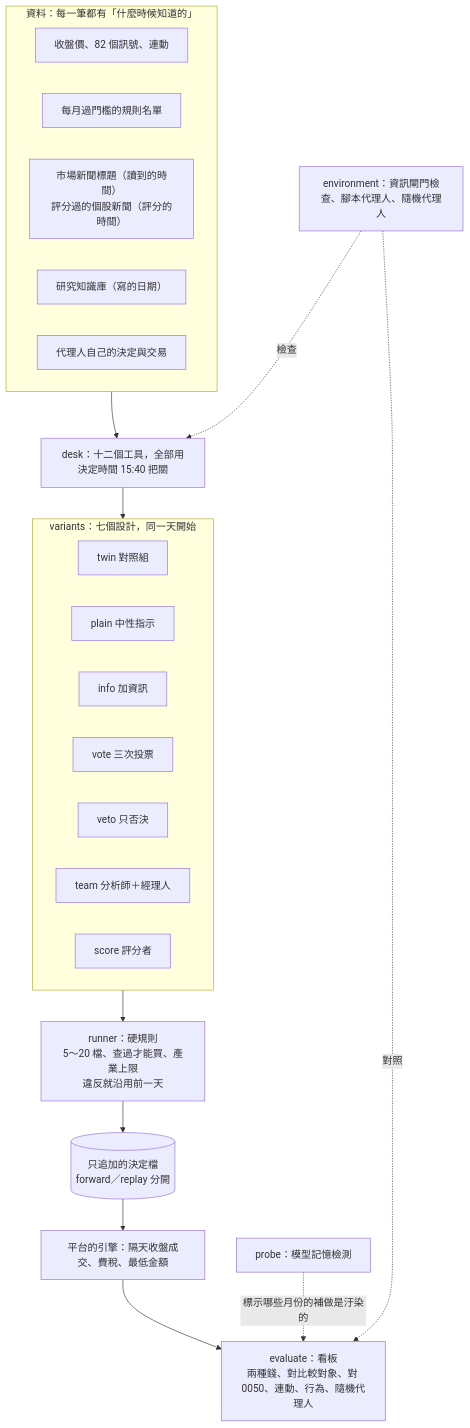
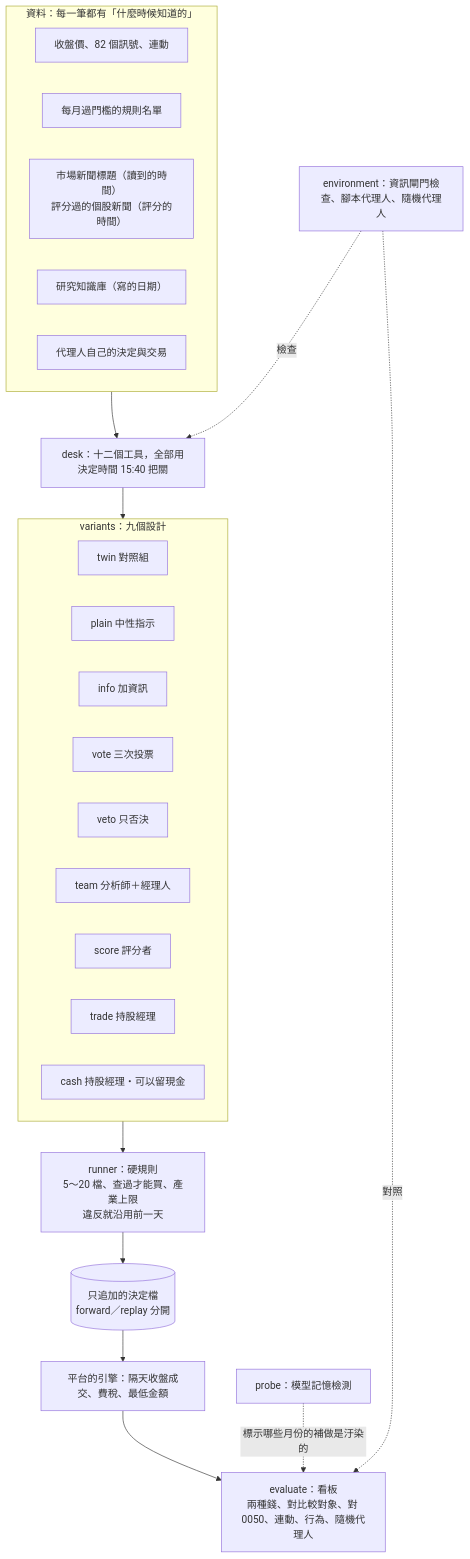
Before and after one commit to ryan73093/StockResearch: the diagram in docs/agent_lab.md, drawn with Mermaid. The commit also changed other lines of this file and 13 other files, not shown here.

````diff
--- a/docs/agent_lab.md
+++ b/docs/agent_lab.md
@@ -32,34 +32,36 @@
 ```mermaid
 flowchart TB
   subgraph 資料[資料：每一筆都有「什麼時候知道的」]
     px[收盤價、82 個訊號、連動]
     lists[每月過門檻的規則名單]
     news[市場新聞標題（讀到的時間）<br/>評分過的個股新聞（評分的時間）]
     kb[研究知識庫（寫的日期）]
     own[代理人自己的決定與交易]
   end
   desk[desk：十二個工具，全部用決定時間 15:40 把關]
   資料 --> desk
-  subgraph 設計[variants：七個設計，同一天開始]
+  subgraph 設計[variants：九個設計]
     twin[twin 對照組]
     plain[plain 中性指示]
     info[info 加資訊]
     vote[vote 三次投票]
     veto[veto 只否決]
     team[team 分析師＋經理人]
     score[score 評分者]
+    trade[trade 持股經理]
+    cash[cash 持股經理・可以留現金]
   end
   desk --> 設計
   rules[runner：硬規則<br/>5～20 檔、查過才能買、產業上限<br/>違反就沿用前一天]
   設計 --> rules
   store[(只追加的決定檔<br/>forward／replay 分開)]
   rules --> store
   engine[平台的引擎：隔天收盤成交、費稅、最低金額]
   store --> engine
   board[evaluate：看板<br/>兩種錢、對比較對象、對 0050、連動、行為、隨機代理人]
   engine --> board
   env[environment：資訊閘門檢查、腳本代理人、隨機代理人]
   env -.檢查.-> desk
   env -.對照.-> board
   probe[probe：模型記憶檢測] -.標示哪些月份的補做是汙染的.-> board
 ```
````
